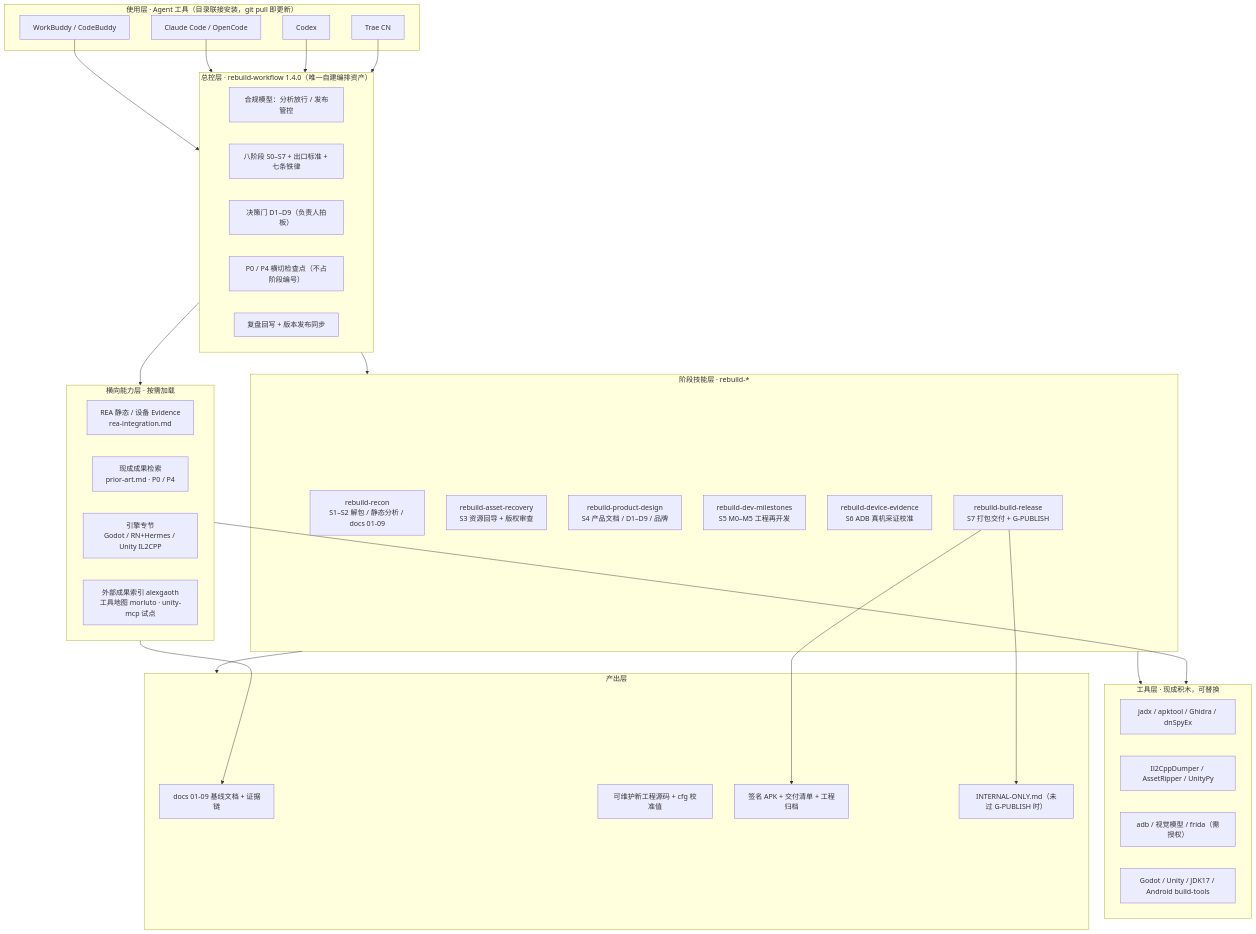
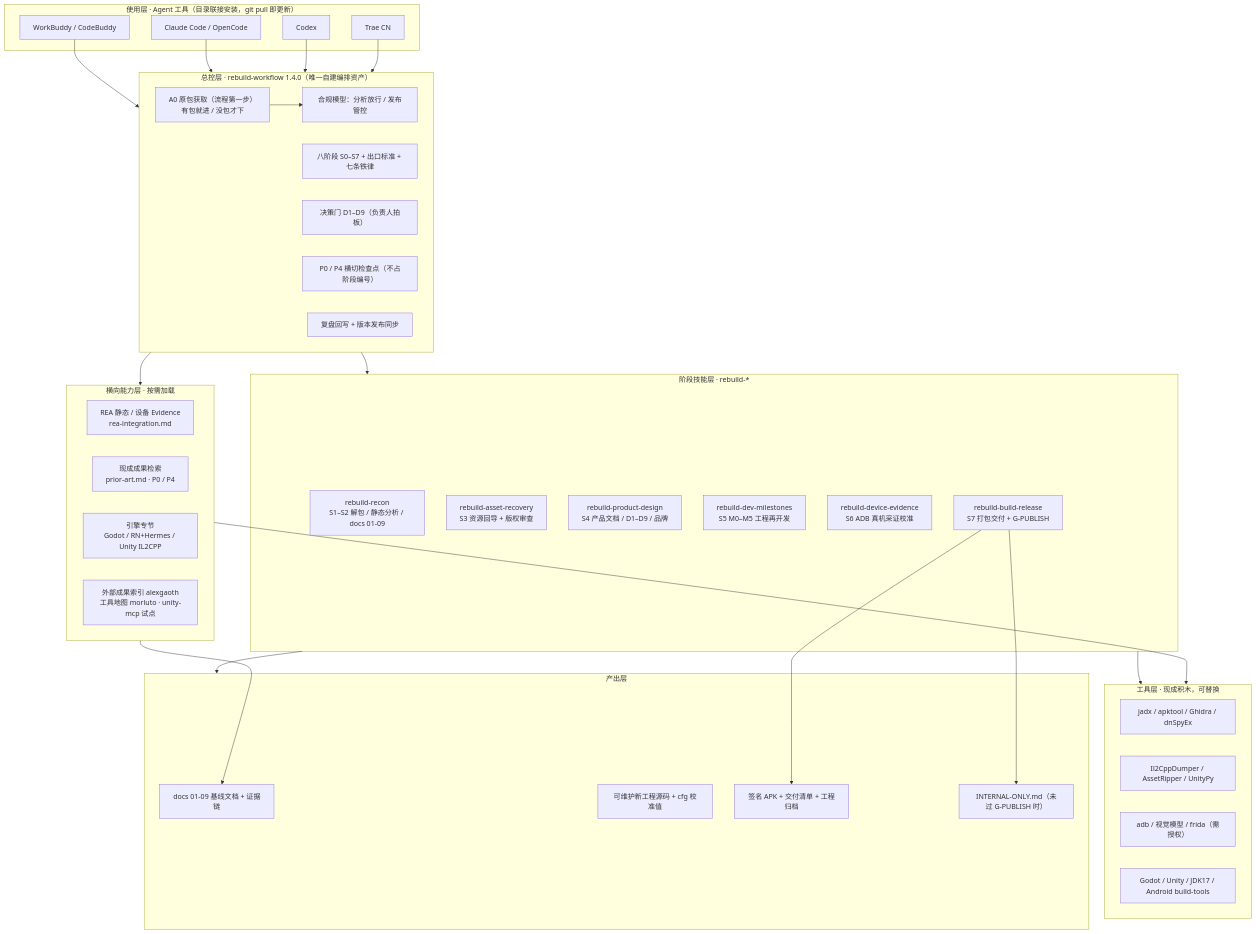
The first of 2 diagrams in docs/ARCHITECTURE.md (ElevenZhou/apk-rebuild-skills), drawn with Mermaid before and after one commit. The commit also changed other lines of this file and 9 other files, not shown here.

````diff
--- a/docs/ARCHITECTURE.md
+++ b/docs/ARCHITECTURE.md
@@ -9,60 +9,62 @@
 ```mermaid
 flowchart TB
     subgraph USE["使用层 · Agent 工具（目录联接安装，git pull 即更新）"]
         U1["WorkBuddy / CodeBuddy"]
         U2["Claude Code / OpenCode"]
         U3["Codex"]
         U4["Trae CN"]
     end
 
     subgraph CTL["总控层 · rebuild-workflow 1.4.0（唯一自建编排资产）"]
+        C0["A0 原包获取（流程第一步）<br/>有包就进 / 没包才下"]
         C1["合规模型：分析放行 / 发布管控"]
         C2["八阶段 S0–S7 + 出口标准 + 七条铁律"]
         C3["决策门 D1–D9（负责人拍板）"]
         C4["P0 / P4 横切检查点（不占阶段编号）"]
         C5["复盘回写 + 版本发布同步"]
     end
 
     subgraph STG["阶段技能层 · rebuild-*"]
         S12["rebuild-recon<br/>S1–S2 解包 / 静态分析 / docs 01-09"]
         S3["rebuild-asset-recovery<br/>S3 资源回导 + 版权审查"]
         S4["rebuild-product-design<br/>S4 产品文档 / D1–D9 / 品牌"]
         S5["rebuild-dev-milestones<br/>S5 M0–M5 工程再开发"]
         S6["rebuild-device-evidence<br/>S6 ADB 真机采证校准"]
         S7["rebuild-build-release<br/>S7 打包交付 + G-PUBLISH"]
     end
 
     subgraph HOR["横向能力层 · 按需加载"]
         H1["REA 静态 / 设备 Evidence<br/>rea-integration.md"]
         H2["现成成果检索<br/>prior-art.md · P0 / P4"]
         H3["引擎专节<br/>Godot / RN+Hermes / Unity IL2CPP"]
         H4["外部成果索引 alexgaoth<br/>工具地图 morluto · unity-mcp 试点"]
     end
 
     subgraph TOOL["工具层 · 现成积木，可替换"]
         T1["jadx / apktool / Ghidra / dnSpyEx"]
         T2["Il2CppDumper / AssetRipper / UnityPy"]
         T3["adb / 视觉模型 / frida（需授权）"]
         T4["Godot / Unity / JDK17 / Android build-tools"]
     end
 
     subgraph OUT["产出层"]
         O1["docs 01-09 基线文档 + 证据链"]
         O2["可维护新工程源码 + cfg 校准值"]
         O3["签名 APK + 交付清单 + 工程归档"]
         O4["INTERNAL-ONLY.md（未过 G-PUBLISH 时）"]
     end
 
+    C0 --> C1
     U1 --> CTL
     U2 --> CTL
     U3 --> CTL
     U4 --> CTL
     CTL --> STG
     CTL --> HOR
     STG --> TOOL
     HOR --> TOOL
     STG --> OUT
     HOR --> O1
     S7 --> O3
     S7 --> O4
 ```
````
